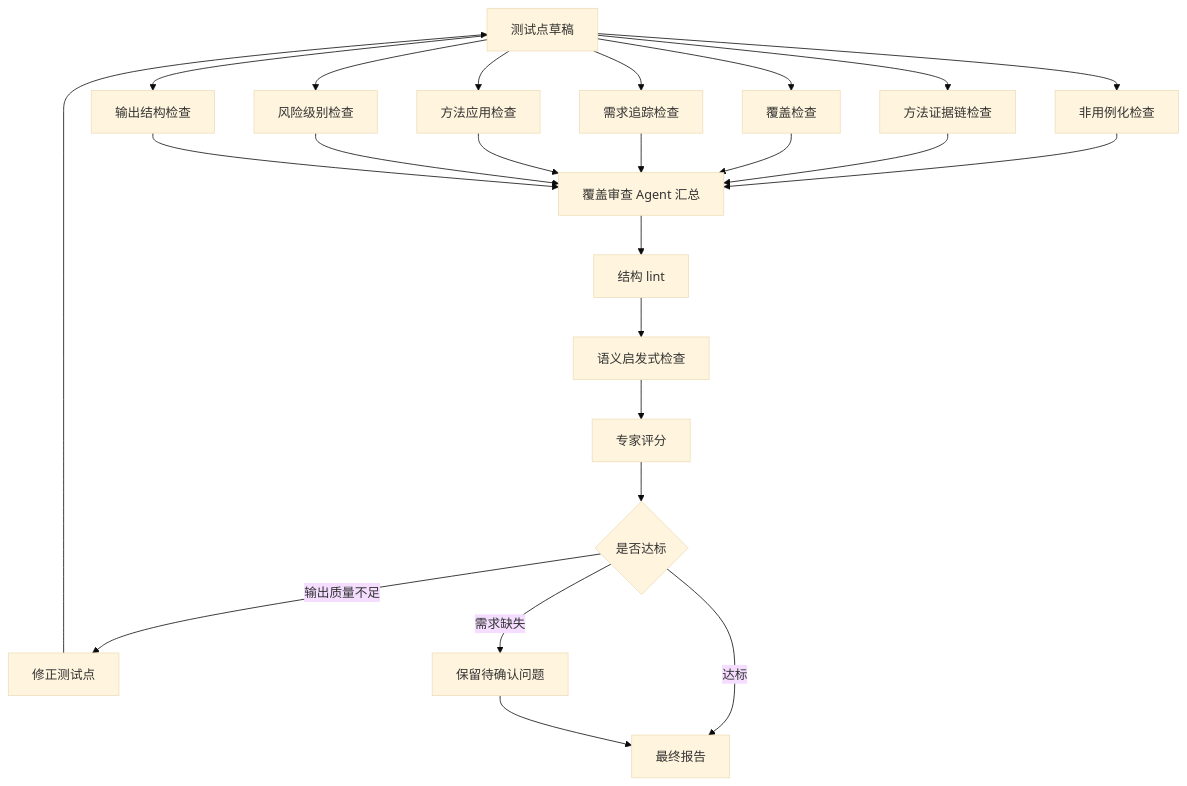
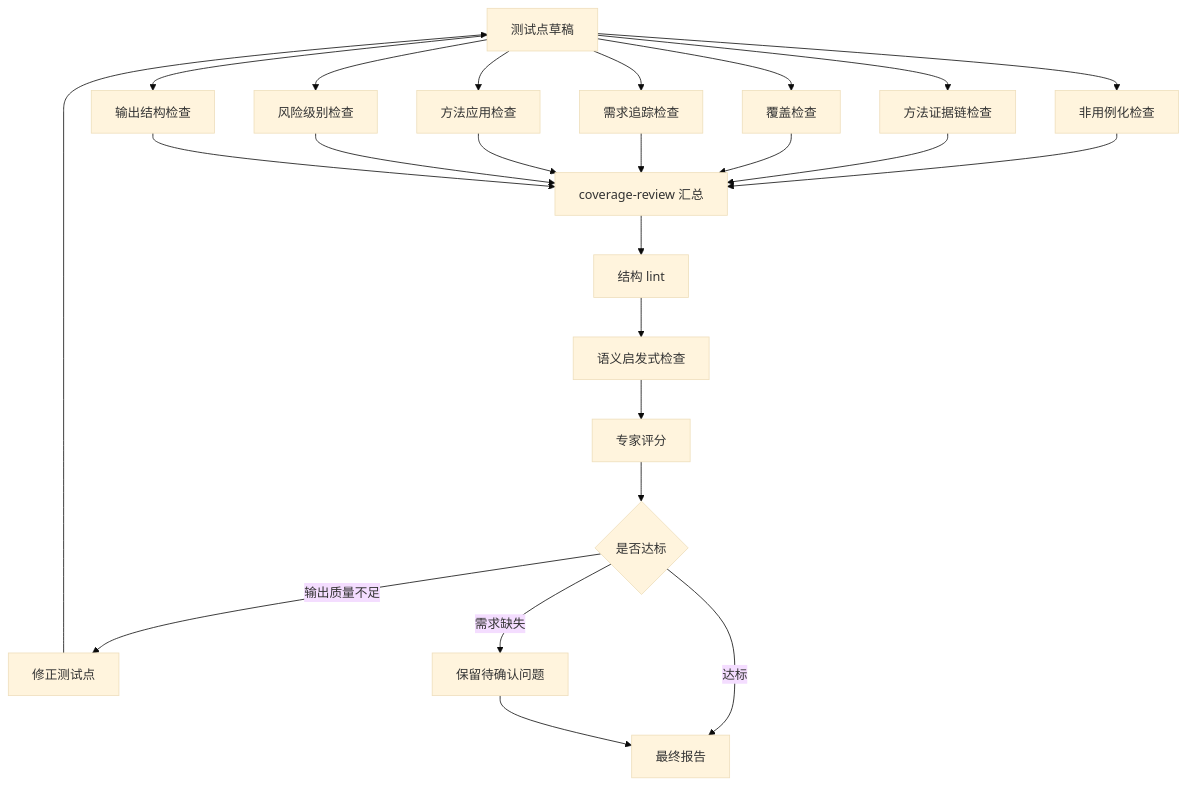
Before and after one commit to szluoqy-byte/Test-Analysis-Agent: the eighth of 8 diagrams in docs/test-analysis-agent-design.md, drawn with Mermaid (base theme). The commit also changed other lines of this file and 37 other files, not shown here.

````diff
--- a/docs/test-analysis-agent-design.md
+++ b/docs/test-analysis-agent-design.md
@@ -420,28 +445,28 @@
 ```mermaid
 flowchart TD
   Draft["测试点草稿"] --> NonCase["非用例化检查"]
   Draft --> EvidenceGate["方法证据链检查"]
   Draft --> Coverage["覆盖检查"]
   Draft --> Trace["需求追踪检查"]
   Draft --> Method["方法应用检查"]
   Draft --> Risk["风险级别检查"]
   Draft --> Schema["输出结构检查"]
 
-  NonCase --> Review["覆盖审查 Agent 汇总"]
+  NonCase --> Review["coverage-review 汇总"]
   EvidenceGate --> Review
   Coverage --> Review
   Trace --> Review
   Method --> Review
   Risk --> Review
   Schema --> Review
 
   Review --> Lint["结构 lint"]
   Lint --> Semantic["语义启发式检查"]
   Semantic --> Score["专家评分"]
   Score --> Gate{"是否达标"}
   Gate -- "达标" --> Final["最终报告"]
   Gate -- "输出质量不足" --> Revise["修正测试点"]
   Revise --> Draft
   Gate -- "需求缺失" --> Questions["保留待确认问题"]
   Questions --> Final
 ```
````
